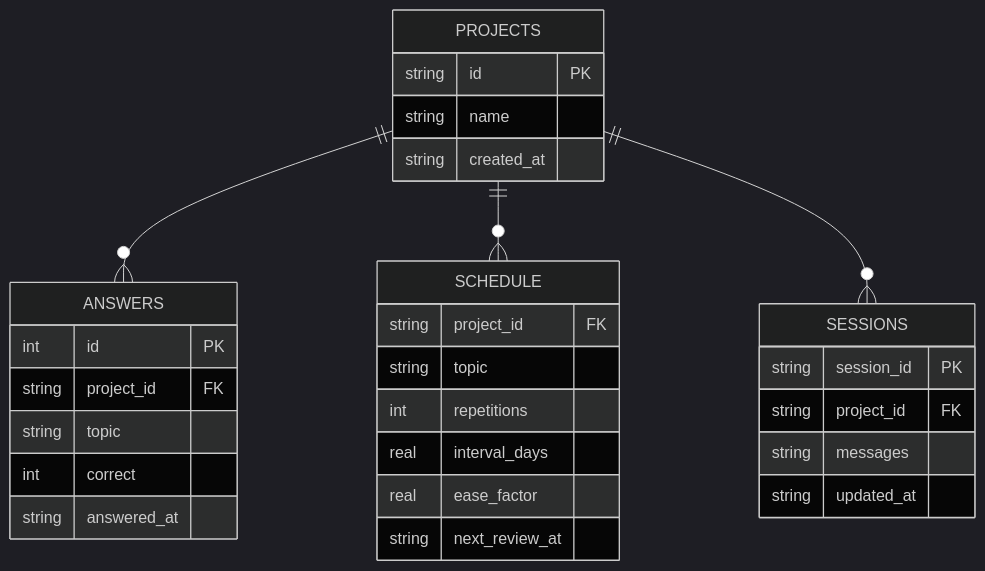
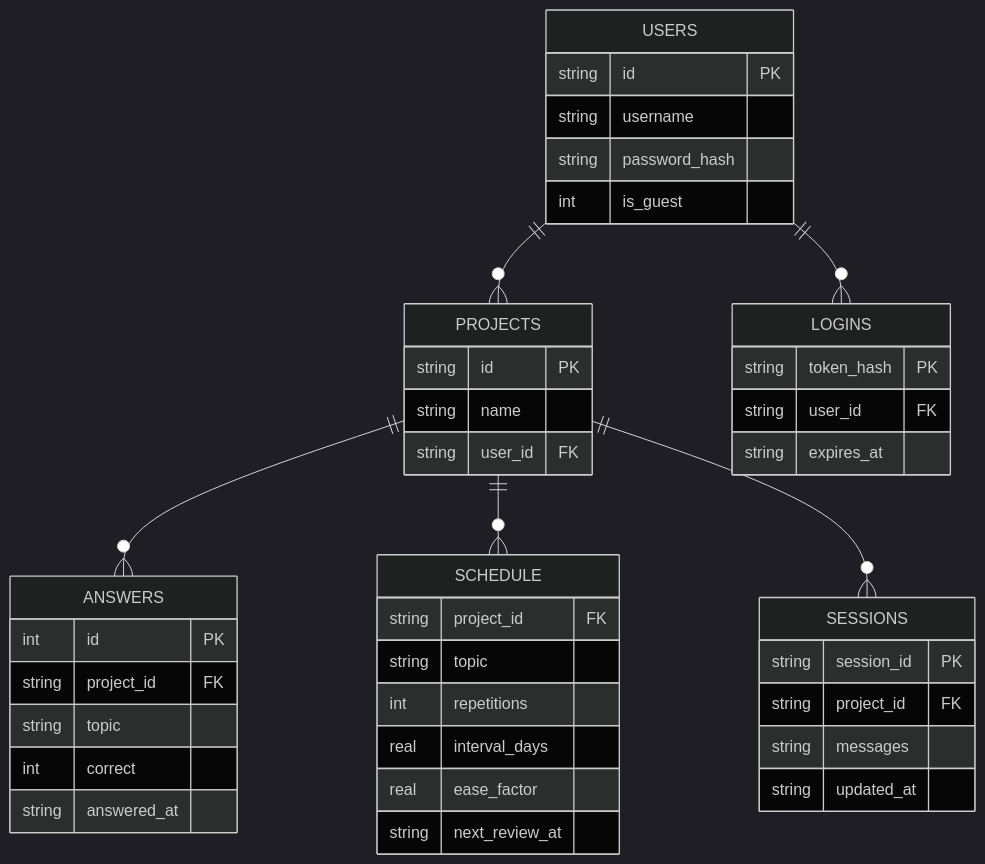
One commit to Gwakgarin/study-agent changed the second of 2 diagrams in README.md. Above: the diagram before and after it, drawn with Mermaid (dark theme). The commit also changed other lines of this file and 6 other files, not shown here.

````diff
--- a/README.md
+++ b/README.md
@@ -128,33 +141,46 @@
 ```mermaid
 erDiagram
+    USERS ||--o{ PROJECTS : ""
+    USERS ||--o{ LOGINS : ""
     PROJECTS ||--o{ ANSWERS : ""
     PROJECTS ||--o{ SCHEDULE : ""
     PROJECTS ||--o{ SESSIONS : ""
 
+    USERS {
+        string id PK
+        string username
+        string password_hash
+        int is_guest
+    }
+    LOGINS {
+        string token_hash PK
+        string user_id FK
+        string expires_at
+    }
     PROJECTS {
         string id PK
         string name
-        string created_at
+        string user_id FK
     }
     ANSWERS {
         int id PK
         string project_id FK
         string topic
         int correct
         string answered_at
     }
     SCHEDULE {
         string project_id FK
         string topic
         int repetitions
         real interval_days
         real ease_factor
         string next_review_at
     }
     SESSIONS {
         string session_id PK
         string project_id FK
         string messages
         string updated_at
     }
 ```
````
